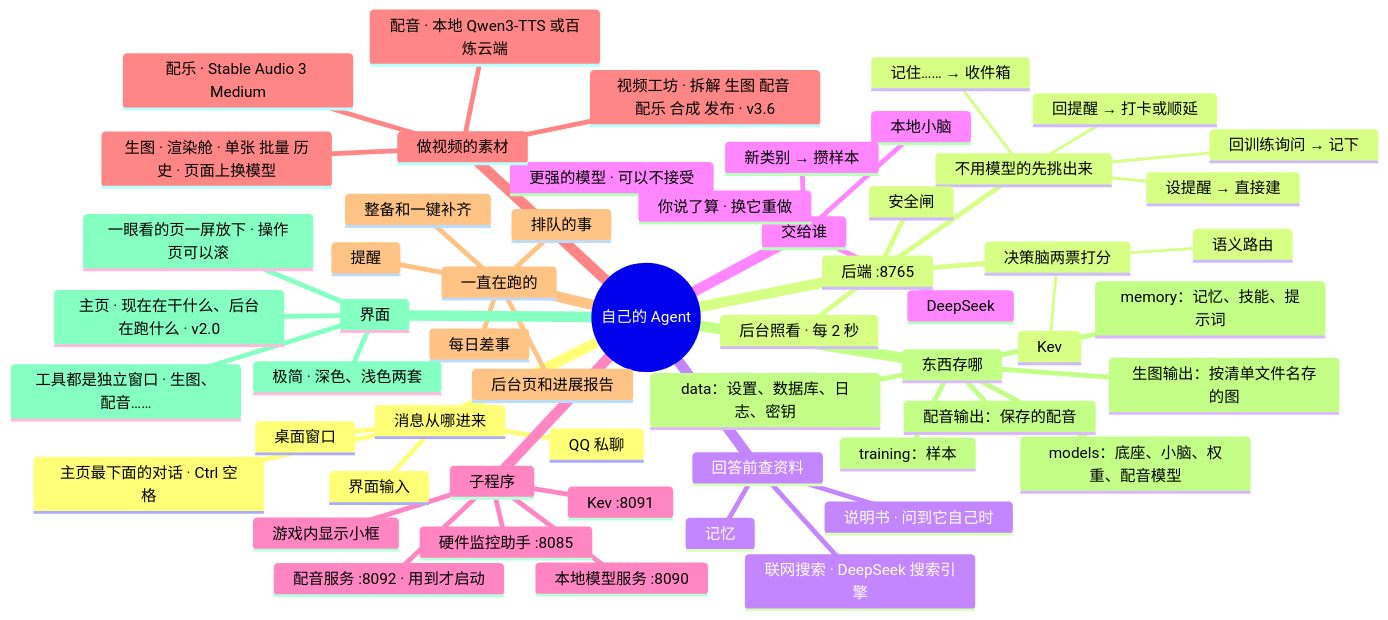
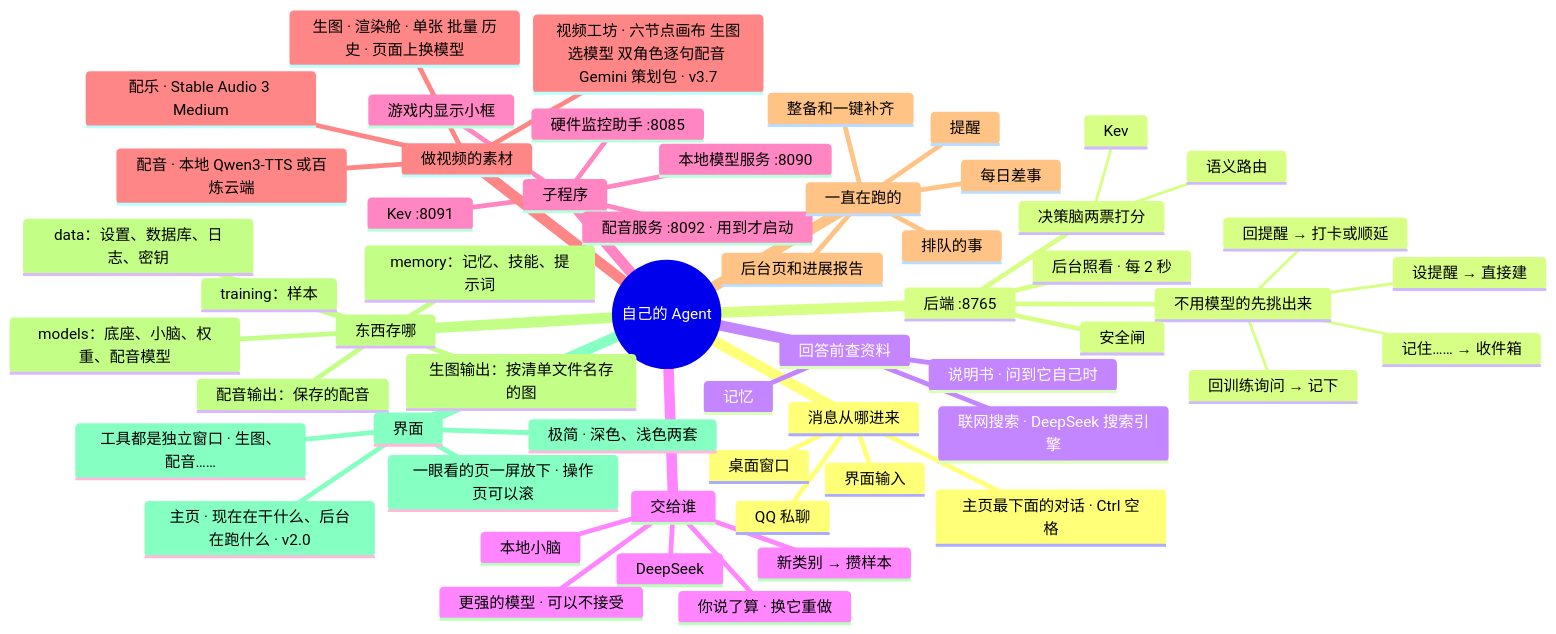
The diagram in docs/AI文档/架构/00-总览.md (lql-076/Experiment-Agent-One), drawn with Mermaid before and after one commit. The commit also changed other lines of this file and 19 other files, not shown here.

Commit message:
v3.7.0：视频工坊升级 ComfyUI 六节点工作流（硬件条、Gemini 策划包、生图选模型、双角色逐句配音）

```diff
--- a/docs/AI文档/架构/00-总览.md
+++ b/docs/AI文档/架构/00-总览.md
@@ -68,7 +68,7 @@
       :::go-15
       配乐 · Stable Audio 3 Medium
       :::go-18
-      视频工坊 · 拆解 生图 配音 配乐 合成 发布 · v3.6
+      视频工坊 · 六节点画布 生图选模型 双角色逐句配音 Gemini 策划包 · v3.7
       :::go-20
     一直在跑的
       提醒
```
